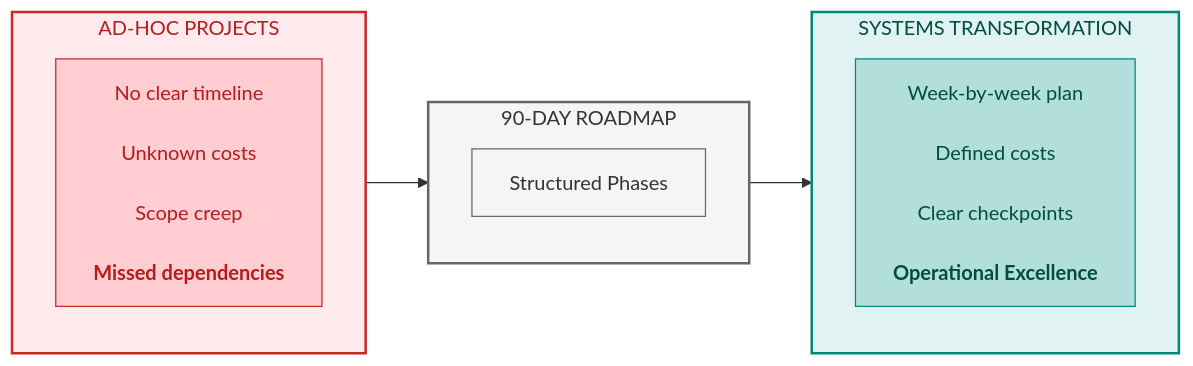
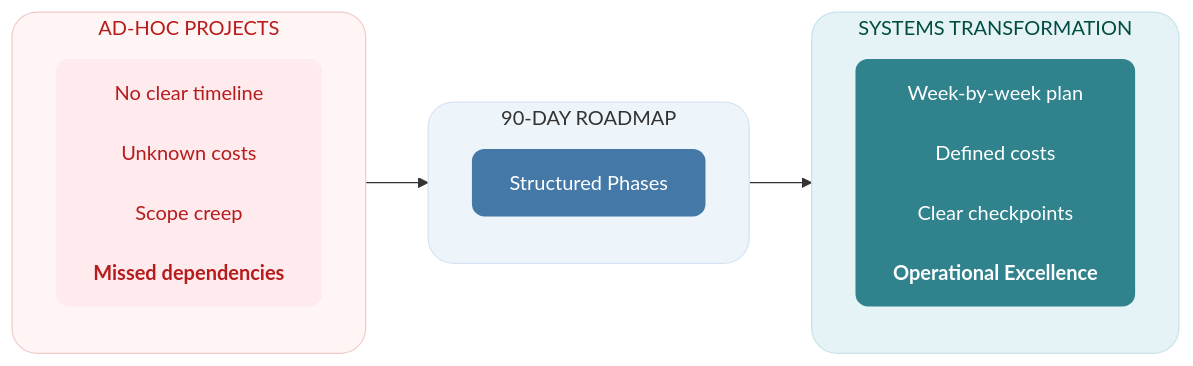
One commit to saitejesh-cyber/trust-before-intelligence-book changed the first of 7 diagrams in manuscript/11_chapter_10_week_by_week_implementation.md. Above: the diagram before and after it, drawn with Mermaid. The commit also changed other lines of this file and 7 other files, not shown here.

Commit message:
Chapter 6to13: Updated mermaid diagrams based on new colaberry color code

````diff
--- a/manuscript/11_chapter_10_week_by_week_implementation.md
+++ b/manuscript/11_chapter_10_week_by_week_implementation.md
@@ -25,28 +25,28 @@
 ```mermaid
 
 graph LR
     subgraph BEFORE["AD-HOC PROJECTS"]
         direction TB
         B1["No clear timeline<br/><br/>Unknown costs<br/><br/>Scope creep<br/><br/><b>Missed dependencies</b>"]
     end
     
     subgraph TRANSFORM["90-DAY ROADMAP"]
         direction TB
         T1["Structured Phases"]
     end
 
     subgraph AFTER["SYSTEMS TRANSFORMATION"]
         direction TB
         A1["Week-by-week plan<br/><br/>Defined costs<br/><br/>Clear checkpoints<br/><br/><b>Operational Excellence</b>"]
     end
     
     BEFORE --> TRANSFORM --> AFTER
     
-    style BEFORE fill:#ffebee,stroke:#c62828,stroke-width:2px,color:#b71c1c
-    style TRANSFORM fill:#f5f5f5,stroke:#666666,stroke-width:2px,color:#333333
-    style AFTER fill:#e0f2f1,stroke:#00897b,stroke-width:2px,color:#004d40
-    style B1 fill:#ffcdd2,stroke:#c62828,color:#b71c1c
-    style T1 fill:#f5f5f5,stroke:#666666,color:#333333
-    style A1 fill:#b2dfdb,stroke:#00897b,color:#004d40
+    style BEFORE fill:#fff5f5,stroke:#f2caca,stroke-width:1px,color:#b71c1c,rx:20,ry:20
+    style TRANSFORM fill:#edf4fa,stroke:#d6e4f2,stroke-width:1px,color:#333333,rx:20,ry:20
+    style AFTER fill:#e6f3f6,stroke:#c7e3ea,stroke-width:1px,color:#004d40,rx:20,ry:20
+    style B1 fill:#ffebee,stroke:none,color:#b71c1c,rx:10,ry:10
+    style T1 fill:#4478A6,stroke:none,color:#ffffff,rx:10,ry:10
+    style A1 fill:#30838C,stroke:none,color:#ffffff,rx:10,ry:10
 
 ```
````
